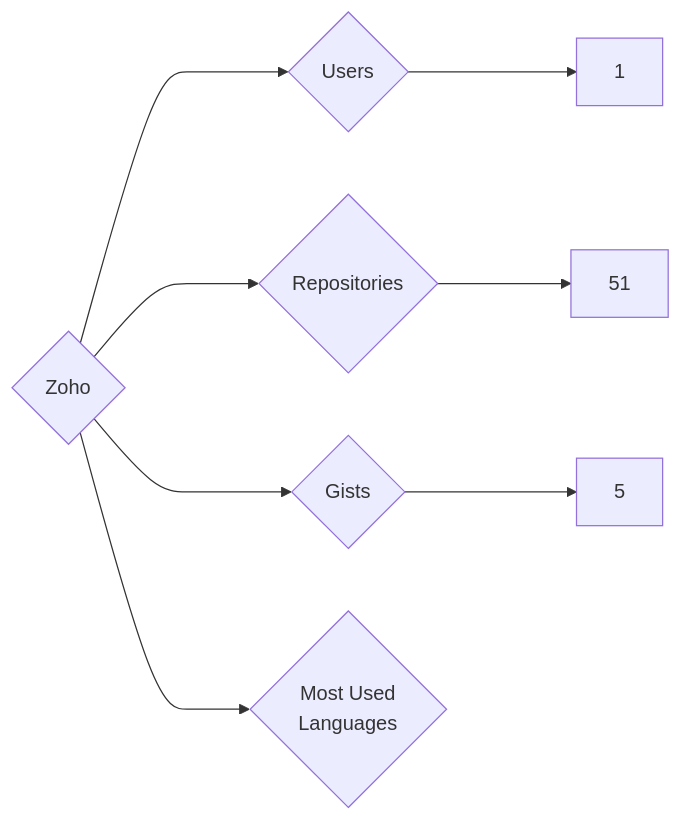
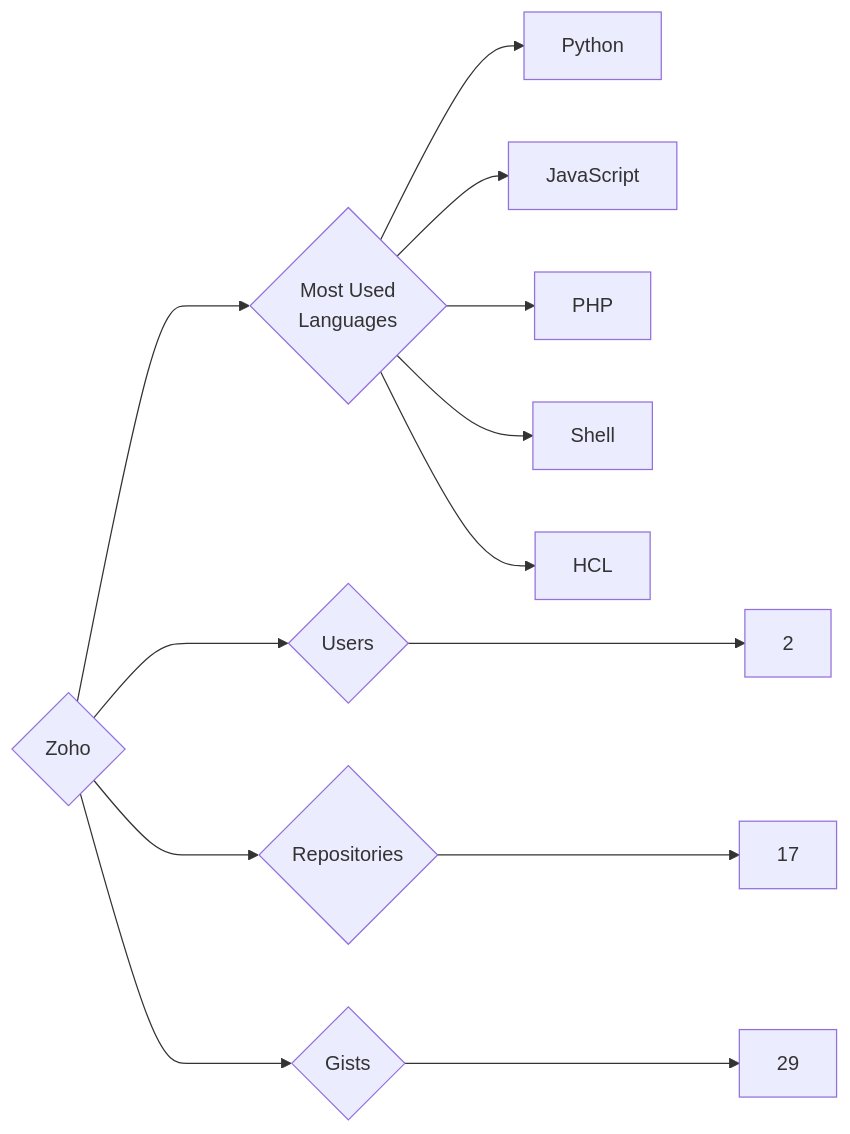
The diagram in targets/Zoho/README.md (trickest/insiders), drawn with Mermaid before and after one commit. The commit also changed 765 other files, not shown here.

````diff
--- a/targets/Zoho/README.md
+++ b/targets/Zoho/README.md
@@ -3,8 +3,13 @@
 ```mermaid
 graph LR
 COMPANY_NAME{Zoho}
-COMPANY_NAME ---> U{Users} ---> UN[1]
-COMPANY_NAME ---> R{Repositories} ---> RN[51]
-COMPANY_NAME ---> G{Gists} ---> GN[5]
+COMPANY_NAME ---> U{Users} ---> UN[2]
+COMPANY_NAME ---> R{Repositories} ---> RN[17]
+COMPANY_NAME ---> G{Gists} ---> GN[29]
 COMPANY_NAME ---> ML{Most Used<br>Languages}
+ML --> Python[Python]
+ML --> JavaScript[JavaScript]
+ML --> PHP[PHP]
+ML --> Shell[Shell]
+ML --> HCL[HCL]
 ```
````
